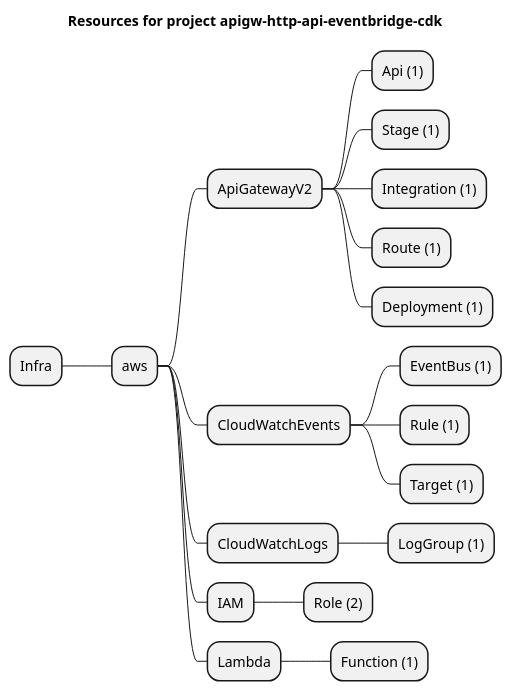
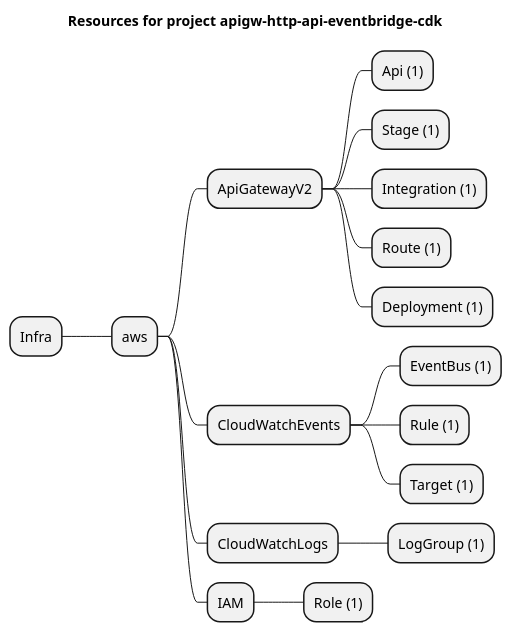
One commit to grucloud/grucloud changed the diagram in examples/aws/serverless-patterns/apigw-http-api-eventbridge-cdk/artifacts/resources-mindmap.puml. Above: the diagram before and after it, drawn with PlantUML. The commit also changed 319 other files, not shown here.

```diff
--- a/examples/aws/serverless-patterns/apigw-http-api-eventbridge-cdk/artifacts/resources-mindmap.puml
+++ b/examples/aws/serverless-patterns/apigw-http-api-eventbridge-cdk/artifacts/resources-mindmap.puml
@@ -1,22 +1,20 @@
 @startmindmap
 title Resources for project apigw-http-api-eventbridge-cdk
 skinparam monochrome true
 + Infra
 ++ aws
 +++ ApiGatewayV2
 ++++ Api (1)
 ++++ Stage (1)
 ++++ Integration (1)
 ++++ Route (1)
 ++++ Deployment (1)
 +++ CloudWatchEvents
 ++++ EventBus (1)
 ++++ Rule (1)
 ++++ Target (1)
 +++ CloudWatchLogs
 ++++ LogGroup (1)
 +++ IAM
-++++ Role (2)
-+++ Lambda
-++++ Function (1)
+++++ Role (1)
 @endmindmap
```
